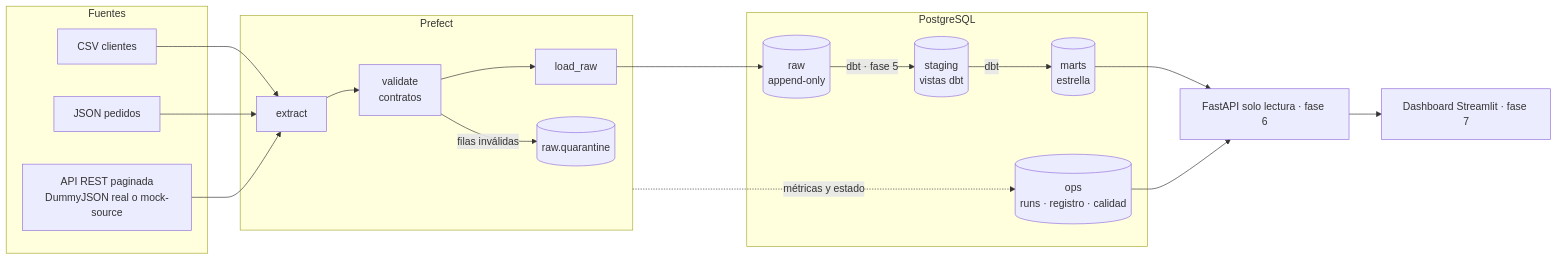
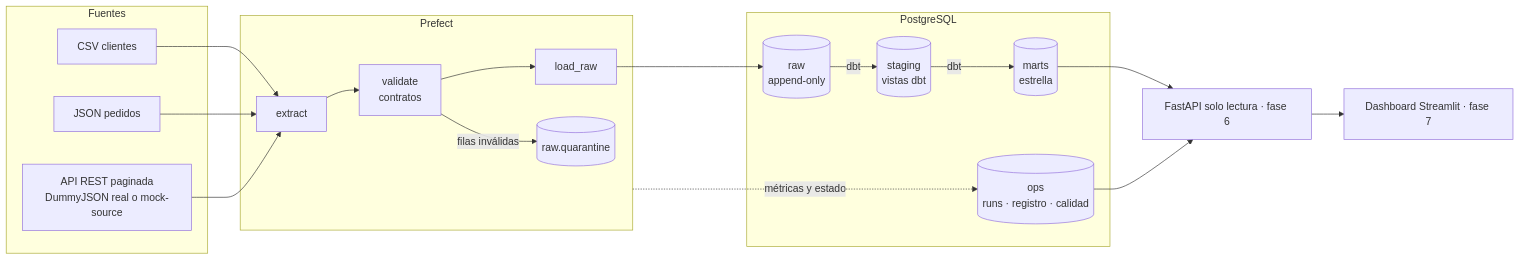
The first of 3 diagrams in docs/architecture.md (JuanSGarciaC/datapulse), drawn with Mermaid before and after one commit. The commit also changed other lines of this file and 42 other files, not shown here.

First line of the commit message:
feat: fase 5 - modelado analítico con dbt

````diff
--- a/docs/architecture.md
+++ b/docs/architecture.md
@@ -8,30 +8,30 @@
 ```mermaid
 flowchart LR
     subgraph Fuentes
         CSV[CSV clientes]
         JSON[JSON pedidos]
         API[API REST paginada<br/>DummyJSON real o mock-source]
     end
 
     subgraph Orquestación["Prefect"]
         EX[extract] --> VA[validate<br/>contratos] --> LO[load_raw]
         VA -- filas inválidas --> Q[(raw.quarantine)]
     end
 
     subgraph PostgreSQL
         RAW[(raw<br/>append-only)]
         STG[(staging<br/>vistas dbt)]
         MART[(marts<br/>estrella)]
         OPS[(ops<br/>runs · registro · calidad)]
     end
 
     CSV --> EX
     JSON --> EX
     API --> EX
     LO --> RAW
-    RAW -- dbt · fase 5 --> STG -- dbt --> MART
+    RAW -- dbt --> STG -- dbt --> MART
     Orquestación -. métricas y estado .-> OPS
     MART --> FAPI[FastAPI solo lectura · fase 6]
     OPS --> FAPI
     FAPI --> DASH[Dashboard Streamlit · fase 7]
 ```
````
